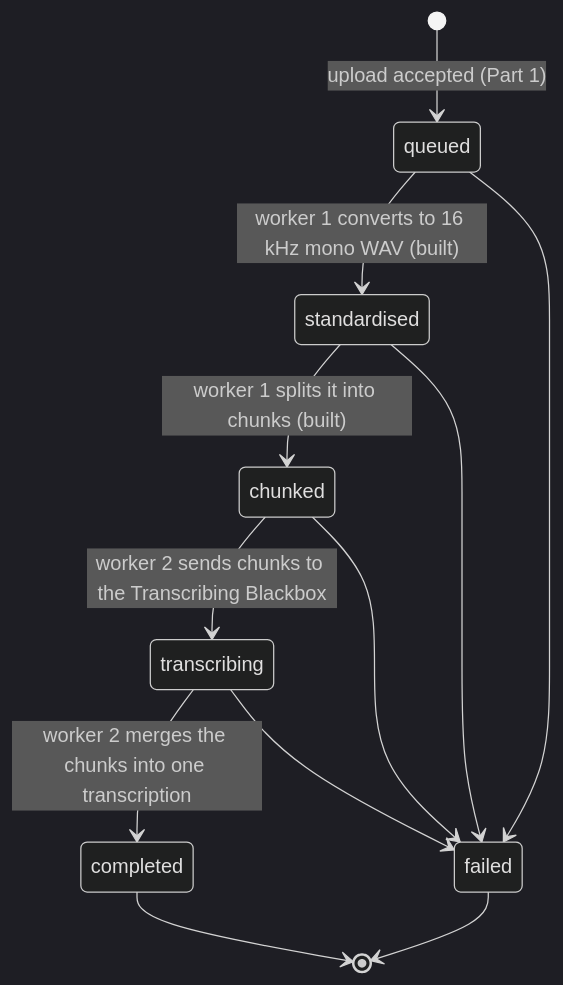
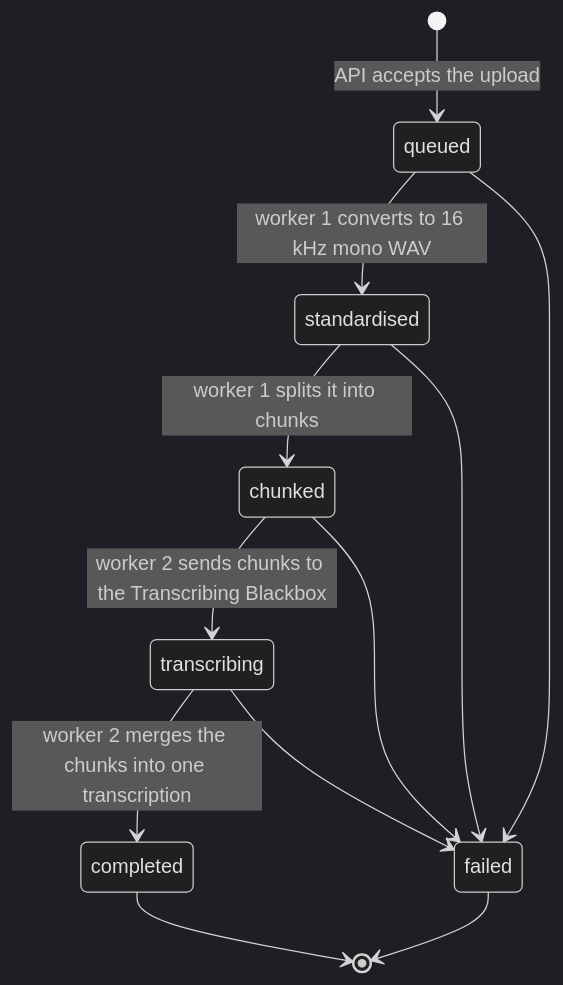
One commit to yahyalfc/audio-transcriptor changed the sixth of 9 diagrams in README.md. Above: the diagram before and after it, drawn with Mermaid (dark theme). The commit also changed other lines of this file and 1 other file, not shown here.

````diff
--- a/README.md
+++ b/README.md
@@ -333,14 +350,14 @@
 ```mermaid
 stateDiagram-v2
-    [*] --> queued: upload accepted (Part 1)
-    queued --> standardised: worker 1 converts to 16 kHz mono WAV (built)
-    standardised --> chunked: worker 1 splits it into chunks (built)
+    [*] --> queued: API accepts the upload
+    queued --> standardised: worker 1 converts to 16 kHz mono WAV
+    standardised --> chunked: worker 1 splits it into chunks
     chunked --> transcribing: worker 2 sends chunks to the Transcribing Blackbox
     transcribing --> completed: worker 2 merges the chunks into one transcription
     queued --> failed
     standardised --> failed
     chunked --> failed
     transcribing --> failed
     completed --> [*]
     failed --> [*]
 ```
````
